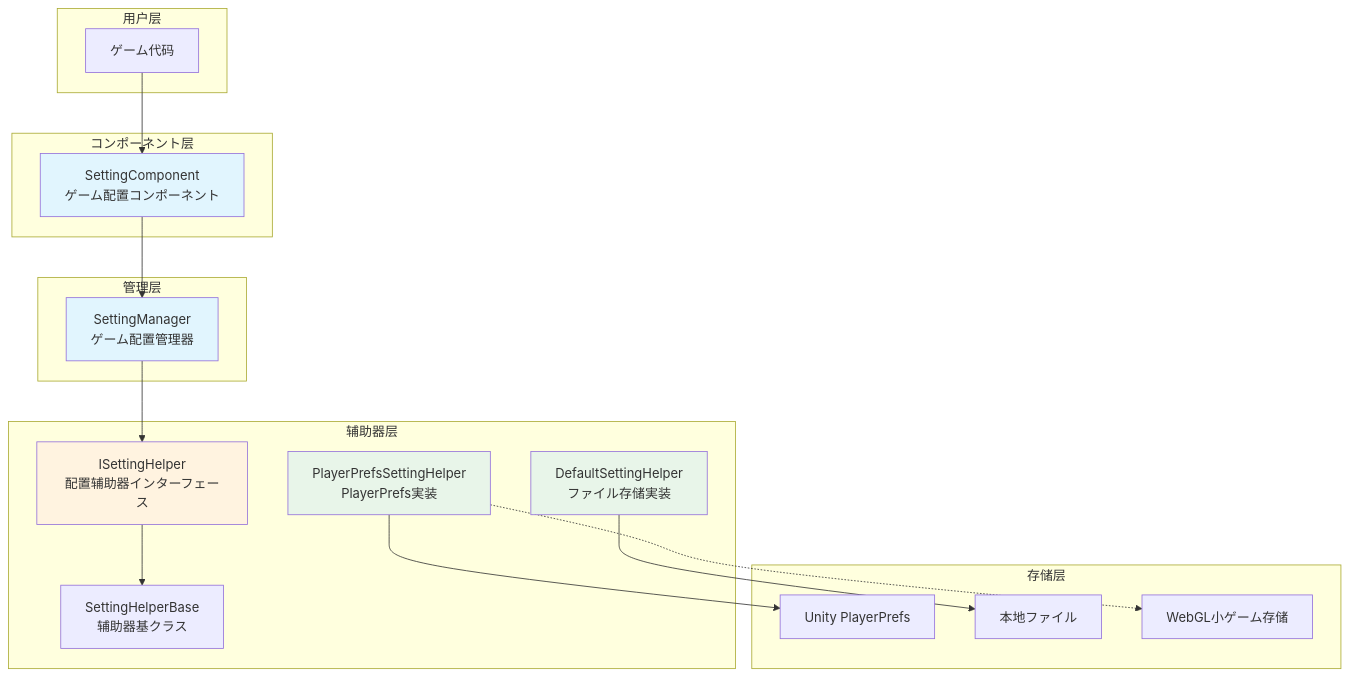
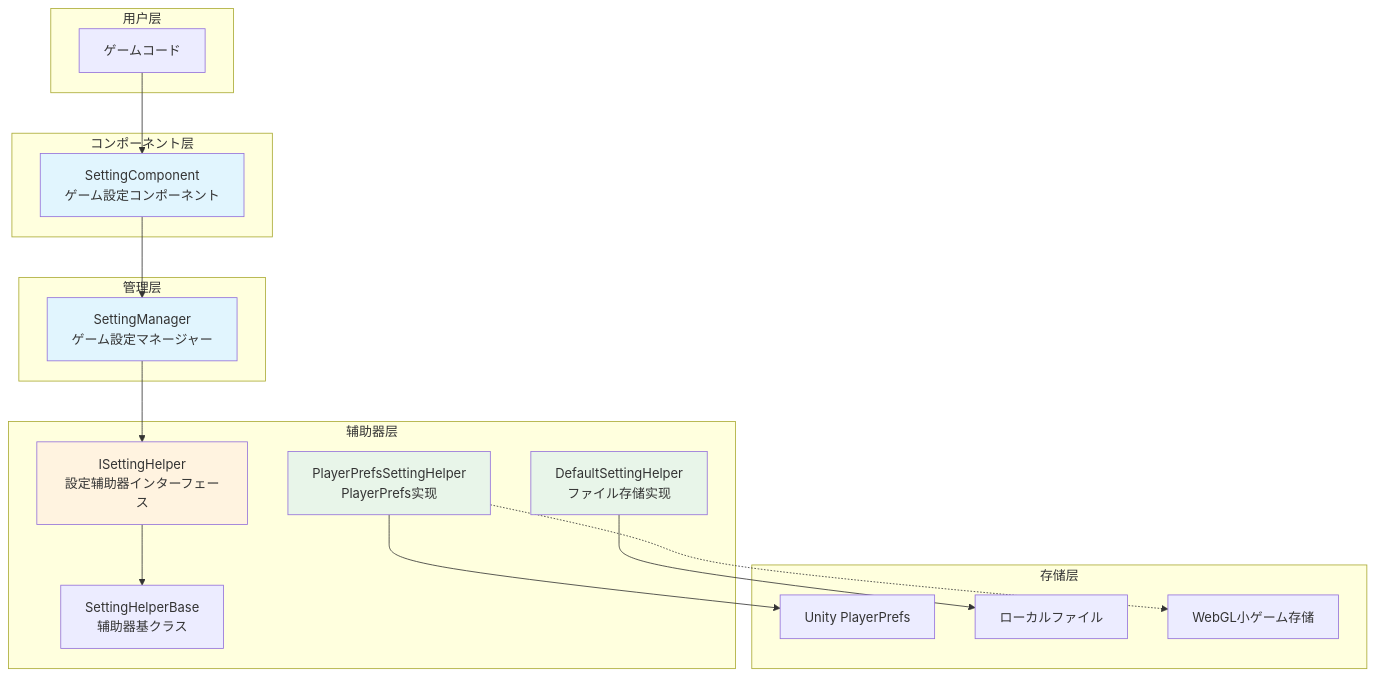
One commit to AlianBlank/GameFrameX.Docs changed the first of 2 diagrams in docs/ja/client/unity/component/setting/01.overview.md. Above: the diagram before and after it, drawn with Mermaid. The commit also changed other lines of this file and 320 other files, not shown here.

````diff
--- a/docs/ja/client/unity/component/setting/01.overview.md
+++ b/docs/ja/client/unity/component/setting/01.overview.md
@@ -18,41 +18,41 @@
 ```mermaid
 graph TD
     subgraph UserLayer["用户层"]
-        Game["ゲーム代码"]
+        Game["ゲームコード"]
     end
 
     subgraph ComponentLayer["コンポーネント层"]
-        SC[SettingComponent<br/>ゲーム配置コンポーネント]
+        SC[SettingComponent<br/>ゲーム設定コンポーネント]
     end
 
     subgraph ManagerLayer["管理层"]
-        SM[SettingManager<br/>ゲーム配置管理器]
+        SM[SettingManager<br/>ゲーム設定マネージャー]
     end
 
     subgraph HelperLayer["辅助器层"]
-        SH[ISettingHelper<br/>配置辅助器インターフェース]
-        PH[PlayerPrefsSettingHelper<br/>PlayerPrefs実装]
-        DH[DefaultSettingHelper<br/>ファイル存储実装]
+        SH[ISettingHelper<br/>設定辅助器インターフェース]
+        PH[PlayerPrefsSettingHelper<br/>PlayerPrefs实现]
+        DH[DefaultSettingHelper<br/>ファイル存储实现]
         SHB[SettingHelperBase<br/>辅助器基クラス]
     end
 
     subgraph StorageLayer["存储层"]
         PP[Unity PlayerPrefs]
-        F[本地ファイル]
+        F[ローカルファイル]
         WG[WebGL小ゲーム存储]
     end
 
     Game --> SC
     SC --> SM
     SM --> SH
     SH --> SHB
     PH --> PP
     DH --> F
     PH -.-> WG
 
     style SC fill:#e1f5fe
     style SM fill:#e1f5fe
     style SH fill:#fff3e0
     style PH fill:#e8f5e9
     style DH fill:#e8f5e9
 ```
````
